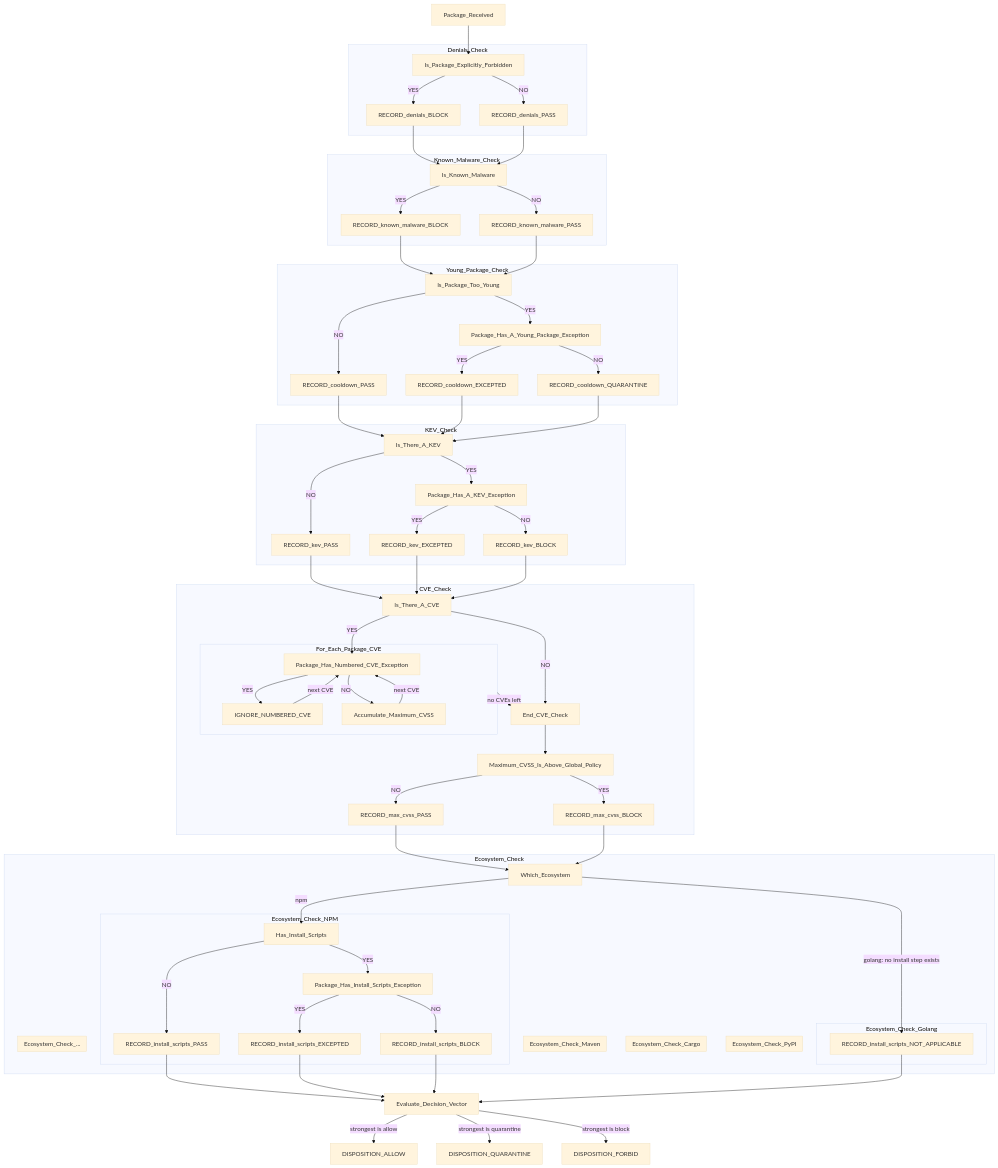
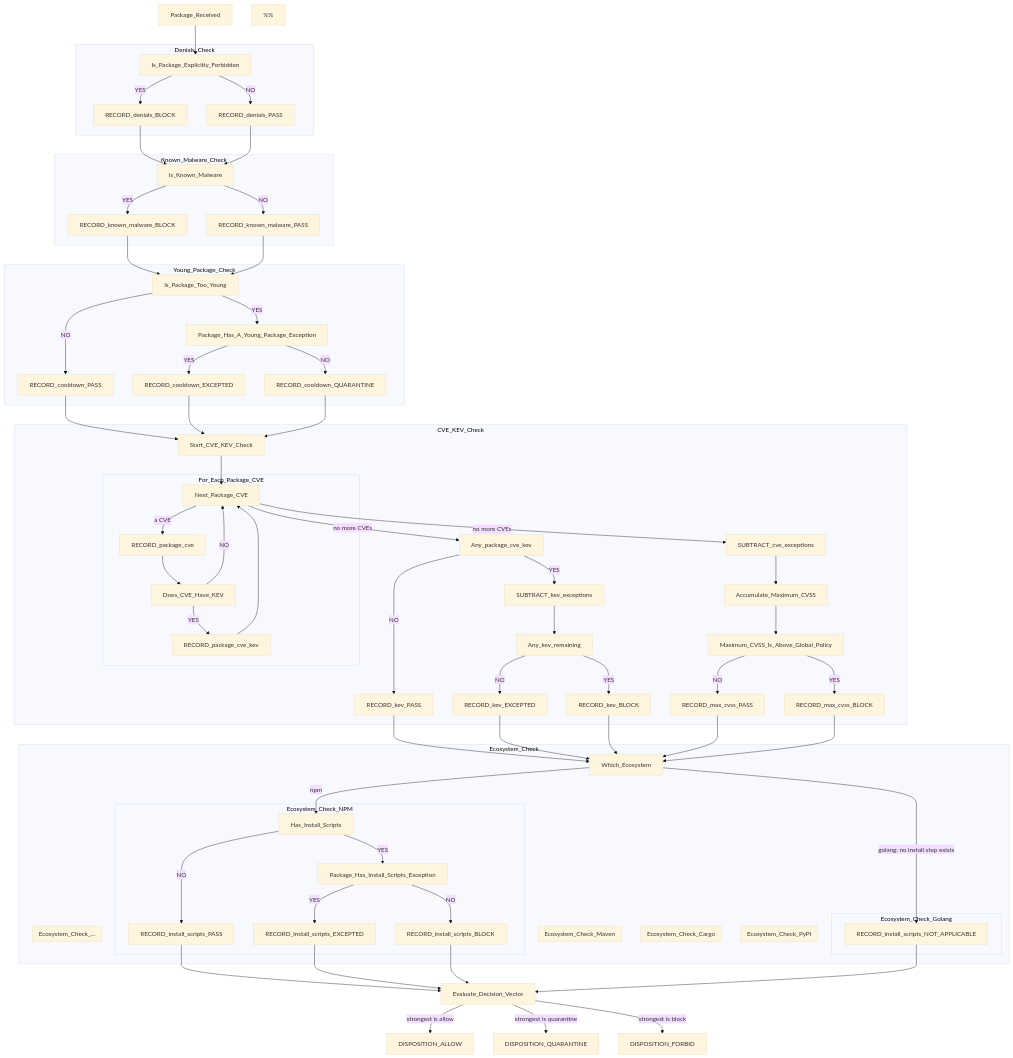
The diagram in docs/engineering_decisions/policy-tier-resolution.md (krishardy/byrle), drawn with Mermaid (base theme) before and after one commit. The commit also changed other lines of this file and 3 other files, not shown here.

```diff
--- a/docs/engineering_decisions/policy-tier-resolution.md
+++ b/docs/engineering_decisions/policy-tier-resolution.md
@@ -46,41 +46,58 @@
   Package_Has_A_Young_Package_Exception --NO--> RECORD_cooldown_QUARANTINE
 end
 
-RECORD_cooldown_PASS --> Is_There_A_KEV
-RECORD_cooldown_EXCEPTED --> Is_There_A_KEV
-RECORD_cooldown_QUARANTINE --> Is_There_A_KEV
+RECORD_cooldown_PASS --> Start_CVE_KEV_Check
+RECORD_cooldown_EXCEPTED --> Start_CVE_KEV_Check
+RECORD_cooldown_QUARANTINE --> Start_CVE_KEV_Check
 
-subgraph KEV_Check
-  Is_There_A_KEV
-  Package_Has_A_KEV_Exception
-  Is_There_A_KEV --NO--> RECORD_kev_PASS
-  Is_There_A_KEV --YES--> Package_Has_A_KEV_Exception
-  Package_Has_A_KEV_Exception --YES--> RECORD_kev_EXCEPTED
-  Package_Has_A_KEV_Exception --NO--> RECORD_kev_BLOCK
+%% KEV is an attribute of a CVE, not of a package: a KEV entry has a cveID and no
+%% package identifier of any kind. So it is asked once per CVE, inside the loop, and
+%% the two checks it feeds are recorded after it.
+
+%% Gather first, then subtract. The loop collects two sets and judges neither: every
+%% CVE, and the subset of them carrying a KEV. Exceptions are applied afterwards, as a
+%% set difference, which is what keeps a `cve_ids` exception out of the KEV answer.
+%%
+%% The two chains below are independent. Neither reads the other's result, and the only
+%% thing they share is the loop that filled the sets.
+subgraph CVE_KEV_Check
+  Start_CVE_KEV_Check --> Next_Package_CVE
+
+  subgraph For_Each_Package_CVE
+    Next_Package_CVE
+    RECORD_package_cve
+    Does_CVE_Have_KEV
+    RECORD_package_cve_kev
+
+    Next_Package_CVE --a CVE--> RECORD_package_cve
+    RECORD_package_cve --> Does_CVE_Have_KEV
+    Does_CVE_Have_KEV --YES--> RECORD_package_cve_kev
+    Does_CVE_Have_KEV --NO--> Next_Package_CVE
+    RECORD_package_cve_kev --> Next_Package_CVE
+  end
+
+  Next_Package_CVE --no more CVEs--> SUBTRACT_cve_exceptions
+  Next_Package_CVE --no more CVEs--> Any_package_cve_kev
+
+  %% Score chain: every CVE, less the ones excepted by id.
+  SUBTRACT_cve_exceptions --> Accumulate_Maximum_CVSS
+  Accumulate_Maximum_CVSS --> Maximum_CVSS_Is_Above_Global_Policy
+  Maximum_CVSS_Is_Above_Global_Policy --YES--> RECORD_max_cvss_BLOCK
+  Maximum_CVSS_Is_Above_Global_Policy --NO--> RECORD_max_cvss_PASS
+
+  %% Exploitation chain: the KEV subset, less the ones excepted. Asked before the
+  %% subtraction as well as after, because "none at all" and "all of them excused" are
+  %% different answers and only the second is an exception doing work.
+  Any_package_cve_kev --NO--> RECORD_kev_PASS
+  Any_package_cve_kev --YES--> SUBTRACT_kev_exceptions
+  SUBTRACT_kev_exceptions --> Any_kev_remaining
+  Any_kev_remaining --YES--> RECORD_kev_BLOCK
+  Any_kev_remaining --NO--> RECORD_kev_EXCEPTED
 end
 
-RECORD_kev_PASS --> Is_There_A_CVE
-RECORD_kev_EXCEPTED --> Is_There_A_CVE
-RECORD_kev_BLOCK --> Is_There_A_CVE
-
-subgraph CVE_Check
-  Is_There_A_CVE
-  Is_There_A_CVE --NO--> End_CVE_Check
-  Is_There_A_CVE --YES--> Package_Has_Numbered_CVE_Exception
-
-  subgraph For_Each_Package_CVE
-    Package_Has_Numbered_CVE_Exception
-    Package_Has_Numbered_CVE_Exception --YES--> IGNORE_NUMBERED_CVE
-    Package_Has_Numbered_CVE_Exception --NO--> Accumulate_Maximum_CVSS
-    IGNORE_NUMBERED_CVE --next CVE--> Package_Has_Numbered_CVE_Exception
-    Accumulate_Maximum_CVSS --next CVE--> Package_Has_Numbered_CVE_Exception
-  end
-
-  For_Each_Package_CVE --no CVEs left--> End_CVE_Check
-  End_CVE_Check --> Maximum_CVSS_Is_Above_Global_Policy
-  Maximum_CVSS_Is_Above_Global_Policy --YES--> RECORD_max_cvss_BLOCK
-  Maximum_CVSS_Is_Above_Global_Policy --NO--> RECORD_max_cvss_PASS
-end
+RECORD_kev_PASS --> Which_Ecosystem
+RECORD_kev_EXCEPTED --> Which_Ecosystem
+RECORD_kev_BLOCK --> Which_Ecosystem
 
 RECORD_max_cvss_PASS --> Which_Ecosystem
 RECORD_max_cvss_BLOCK --> Which_Ecosystem
```
